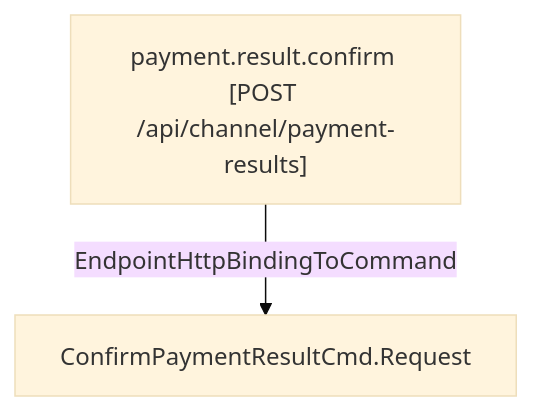
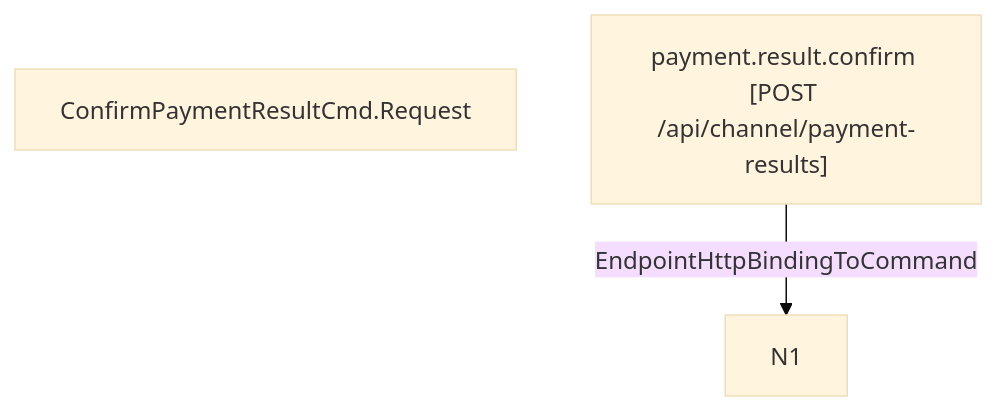
One commit to LDmoxeii/cap4k-reference-payment changed the diagram in flows/endpoint_http_payment_result_confirm.mmd. Above: the diagram before and after it, drawn with Mermaid (base theme). The commit also changed 50 other files, not shown here.

```diff
--- a/flows/endpoint_http_payment_result_confirm.mmd
+++ b/flows/endpoint_http_payment_result_confirm.mmd
@@ -1,4 +1,4 @@
 flowchart TD
   N1["ConfirmPaymentResultCmd.Request"]
   N2["payment.result.confirm [POST /api/channel/payment-results]"]
-  N2 -->|EndpointHttpBindingToCommand| N1
+  N2 -->|EndpointHttpBindingToCommand| N1\n
```
